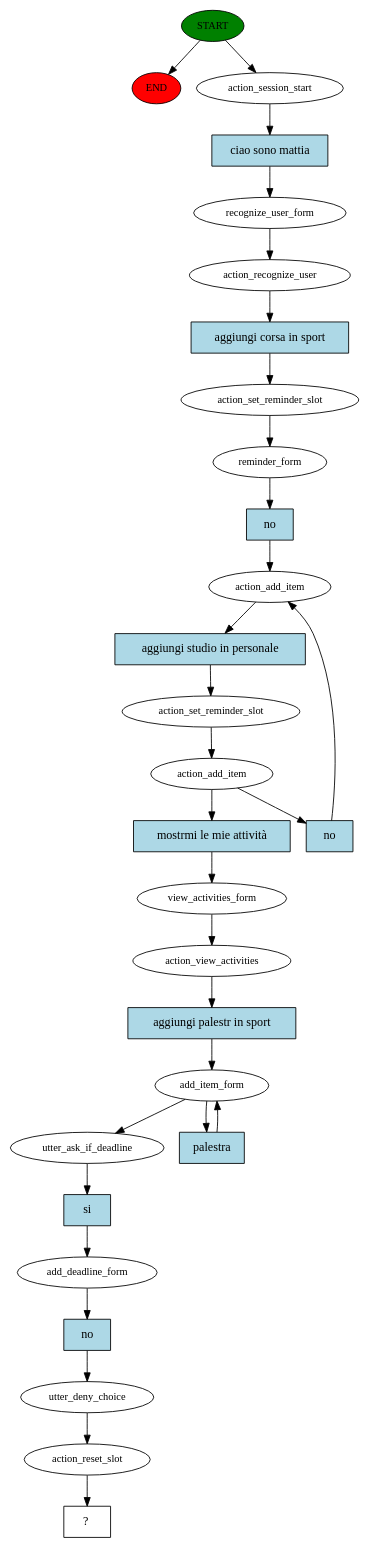
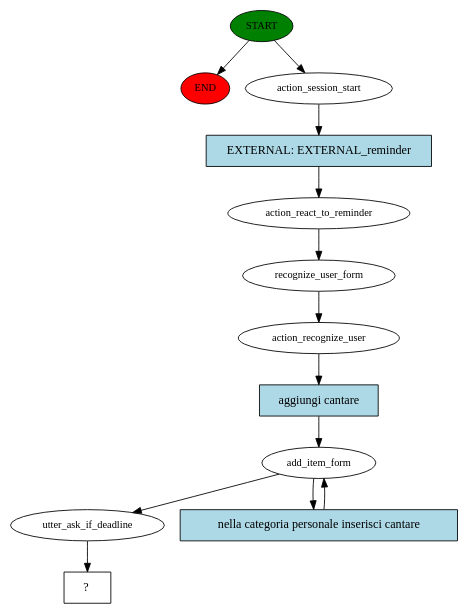
The diagram in src/rasa_ros/Cogrob_rasa_midterm/story_graph.dot (CamillaSpi/AI-To-Do-Assistant-Robot), drawn with Graphviz before and after one commit. The commit also changed 7 other files, not shown here.

```diff
--- a/src/rasa_ros/Cogrob_rasa_midterm/story_graph.dot
+++ b/src/rasa_ros/Cogrob_rasa_midterm/story_graph.dot
@@ -1,59 +1,26 @@
 digraph  {
 0 [class="start active", fillcolor=green, fontsize=12, label=START, style=filled];
 "-1" [class=end, fillcolor=red, fontsize=12, label=END, style=filled];
 1 [class=active, fontsize=12, label=action_session_start];
-2 [class=active, fontsize=12, label=recognize_user_form];
-3 [class=active, fontsize=12, label=action_recognize_user];
-4 [class=active, fontsize=12, label=action_set_reminder_slot];
-5 [class=active, fontsize=12, label=reminder_form];
-6 [class=active, fontsize=12, label=action_add_item];
-7 [class=active, fontsize=12, label=action_set_reminder_slot];
-8 [class=active, fontsize=12, label=action_add_item];
-12 [class=active, fontsize=12, label=view_activities_form];
-13 [class=active, fontsize=12, label=action_view_activities];
-14 [class=active, fontsize=12, label=add_item_form];
-16 [class=active, fontsize=12, label=utter_ask_if_deadline];
-17 [class=active, fontsize=12, label=add_deadline_form];
-18 [class=active, fontsize=12, label=utter_deny_choice];
-19 [class=active, fontsize=12, label=action_reset_slot];
-20 [class="intent dashed active", label="  ?  ", shape=rect];
-21 [class="intent active", fillcolor=lightblue, label="ciao sono mattia", shape=rect, style=filled];
-22 [class="intent active", fillcolor=lightblue, label="aggiungi corsa in sport", shape=rect, style=filled];
-23 [class="intent active", fillcolor=lightblue, label=no, shape=rect, style=filled];
-24 [class="intent active", fillcolor=lightblue, label="aggiungi studio in personale", shape=rect, style=filled];
-25 [class="intent active", fillcolor=lightblue, label=no, shape=rect, style=filled];
-26 [class="intent active", fillcolor=lightblue, label="mostrmi le mie attività", shape=rect, style=filled];
-27 [class="intent active", fillcolor=lightblue, label="aggiungi palestr in sport", shape=rect, style=filled];
-28 [class="intent active", fillcolor=lightblue, label=palestra, shape=rect, style=filled];
-29 [class="intent active", fillcolor=lightblue, label=si, shape=rect, style=filled];
-30 [class="intent active", fillcolor=lightblue, label=no, shape=rect, style=filled];
+2 [class=active, fontsize=12, label=action_react_to_reminder];
+3 [class=active, fontsize=12, label=recognize_user_form];
+4 [class=active, fontsize=12, label=action_recognize_user];
+5 [class=active, fontsize=12, label=add_item_form];
+8 [class=active, fontsize=12, label=utter_ask_if_deadline];
+9 [class="intent dashed active", label="  ?  ", shape=rect];
+10 [class="intent active", fillcolor=lightblue, label="EXTERNAL: EXTERNAL_reminder", shape=rect, style=filled];
+11 [class="intent active", fillcolor=lightblue, label="aggiungi cantare", shape=rect, style=filled];
+12 [class="intent active", fillcolor=lightblue, label="nella categoria personale inserisci cantare", shape=rect, style=filled];
 0 -> "-1"  [class="", key=NONE, label=""];
 0 -> 1  [class=active, key=NONE, label=""];
-1 -> 21  [class=active, key=0];
+1 -> 10  [class=active, key=0];
 2 -> 3  [class=active, key=NONE, label=""];
-3 -> 22  [class=active, key=0];
-4 -> 5  [class=active, key=NONE, label=""];
-5 -> 23  [class=active, key=0];
-6 -> 24  [class=active, key=0];
-7 -> 8  [class=active, key=NONE, label=""];
-8 -> 25  [class=active, key=0];
-8 -> 26  [class=active, key=0];
-12 -> 13  [class=active, key=NONE, label=""];
-13 -> 27  [class=active, key=0];
-14 -> 16  [class=active, key=NONE, label=""];
-14 -> 28  [class=active, key=0];
-16 -> 29  [class=active, key=0];
-17 -> 30  [class=active, key=0];
-18 -> 19  [class=active, key=NONE, label=""];
-19 -> 20  [class=active, key=NONE, label=""];
-21 -> 2  [class=active, key=0];
-22 -> 4  [class=active, key=0];
-23 -> 6  [class=active, key=0];
-24 -> 7  [class=active, key=0];
-25 -> 6  [class=active, key=0];
-26 -> 12  [class=active, key=0];
-27 -> 14  [class=active, key=0];
-28 -> 14  [class=active, key=0];
-29 -> 17  [class=active, key=0];
-30 -> 18  [class=active, key=0];
+3 -> 4  [class=active, key=NONE, label=""];
+4 -> 11  [class=active, key=0];
+5 -> 8  [class=active, key=NONE, label=""];
+5 -> 12  [class=active, key=0];
+8 -> 9  [class=active, key=NONE, label=""];
+10 -> 2  [class=active, key=0];
+11 -> 5  [class=active, key=0];
+12 -> 5  [class=active, key=0];
 }
```
